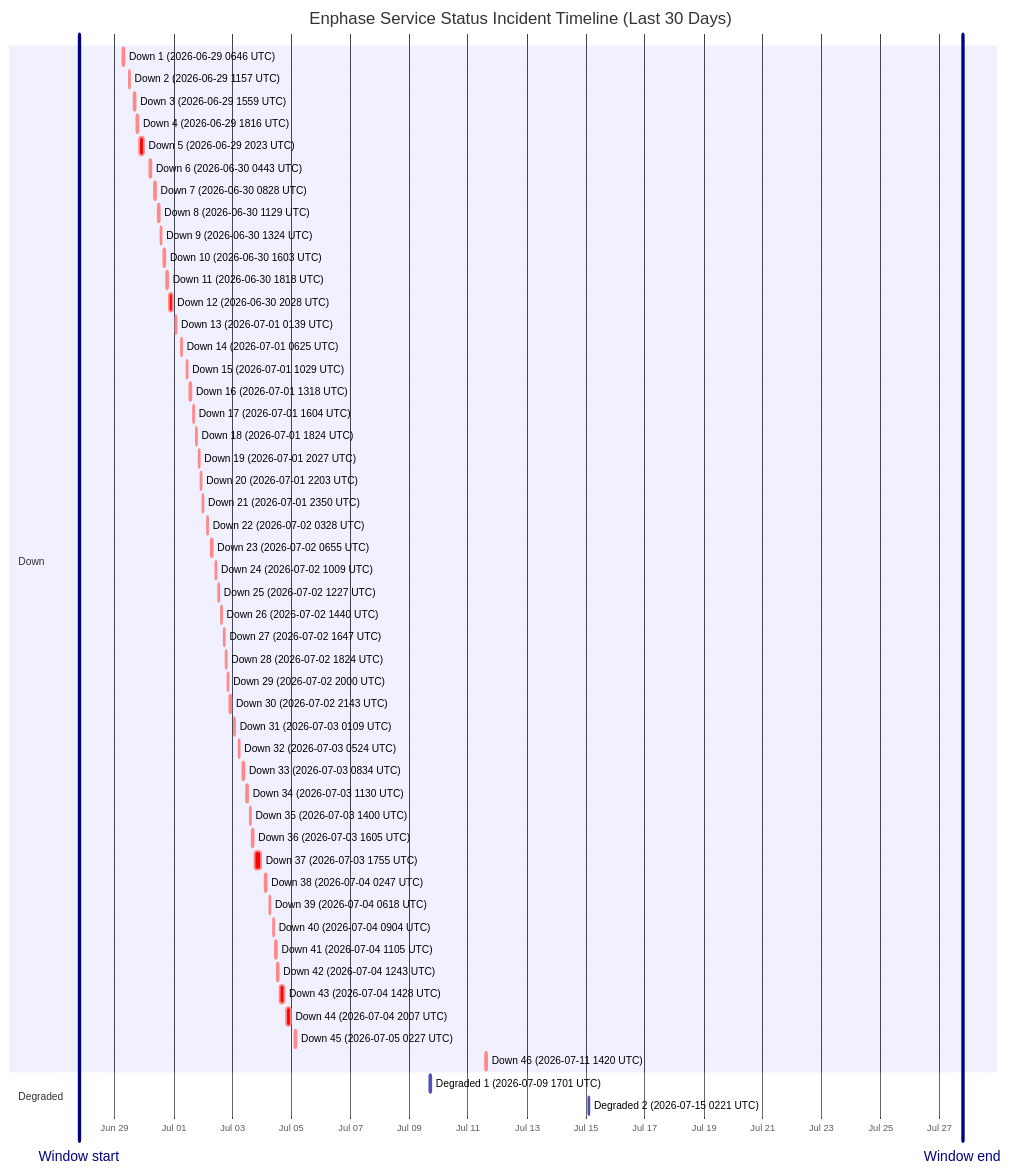
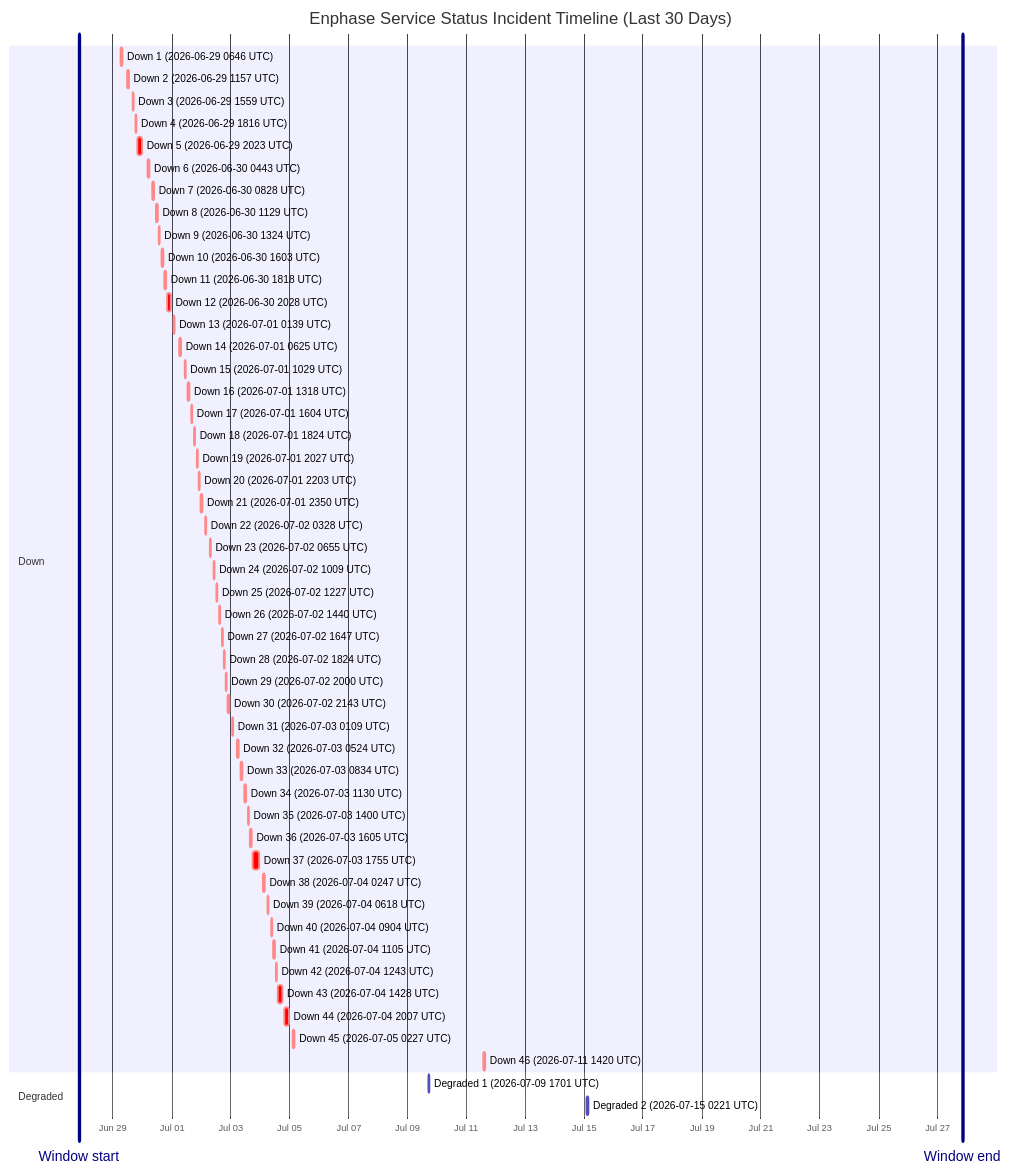
The diagram in wiki/Service-Status-History.md (barneyonline/ha-enphase-energy), drawn with Mermaid before and after one commit. The commit also changed other lines of this file and 3 other files, not shown here.

````diff
--- a/wiki/Service-Status-History.md
+++ b/wiki/Service-Status-History.md
@@ -14,58 +14,58 @@
 ```mermaid
 gantt
     title Enphase Service Status Incident Timeline (Last 30 Days)
     dateFormat  YYYY-MM-DDTHH:mm:ss
     axisFormat  %b %d
-    Window start :vert, window-start, 2026-06-27T18:55:27, 0ms
-    Window end :vert, window-end, 2026-07-27T18:55:27, 0ms
+    Window start :vert, window-start, 2026-06-27T20:20:52, 0ms
+    Window end :vert, window-end, 2026-07-27T20:20:52, 0ms
     section Down
     Down 1 (2026-06-29 0646 UTC) :crit, down-1, 2026-06-29T06:46:18, 60m
     Down 2 (2026-06-29 1157 UTC) :crit, down-2, 2026-06-29T11:57:36, 60m
     Down 3 (2026-06-29 1559 UTC) :crit, down-3, 2026-06-29T15:59:02, 60m
     Down 4 (2026-06-29 1816 UTC) :crit, down-4, 2026-06-29T18:16:38, 60m
     Down 5 (2026-06-29 2023 UTC) :crit, down-5, 2026-06-29T20:23:16, 220m
     Down 6 (2026-06-30 0443 UTC) :crit, down-6, 2026-06-30T04:43:54, 60m
     Down 7 (2026-06-30 0828 UTC) :crit, down-7, 2026-06-30T08:28:43, 60m
     Down 8 (2026-06-30 1129 UTC) :crit, down-8, 2026-06-30T11:29:15, 60m
     Down 9 (2026-06-30 1324 UTC) :crit, down-9, 2026-06-30T13:24:25, 60m
     Down 10 (2026-06-30 1603 UTC) :crit, down-10, 2026-06-30T16:03:26, 60m
     Down 11 (2026-06-30 1818 UTC) :crit, down-11, 2026-06-30T18:18:39, 60m
     Down 12 (2026-06-30 2028 UTC) :crit, down-12, 2026-06-30T20:28:54, 171m
     Down 13 (2026-07-01 0139 UTC) :crit, down-13, 2026-07-01T01:39:18, 60m
     Down 14 (2026-07-01 0625 UTC) :crit, down-14, 2026-07-01T06:25:35, 60m
     Down 15 (2026-07-01 1029 UTC) :crit, down-15, 2026-07-01T10:29:24, 60m
     Down 16 (2026-07-01 1318 UTC) :crit, down-16, 2026-07-01T13:18:31, 60m
     Down 17 (2026-07-01 1604 UTC) :crit, down-17, 2026-07-01T16:04:29, 60m
     Down 18 (2026-07-01 1824 UTC) :crit, down-18, 2026-07-01T18:24:21, 60m
     Down 19 (2026-07-01 2027 UTC) :crit, down-19, 2026-07-01T20:27:17, 60m
     Down 20 (2026-07-01 2203 UTC) :crit, down-20, 2026-07-01T22:03:46, 60m
     Down 21 (2026-07-01 2350 UTC) :crit, down-21, 2026-07-01T23:50:52, 60m
     Down 22 (2026-07-02 0328 UTC) :crit, down-22, 2026-07-02T03:28:33, 60m
     Down 23 (2026-07-02 0655 UTC) :crit, down-23, 2026-07-02T06:55:07, 60m
     Down 24 (2026-07-02 1009 UTC) :crit, down-24, 2026-07-02T10:09:15, 60m
     Down 25 (2026-07-02 1227 UTC) :crit, down-25, 2026-07-02T12:27:49, 60m
     Down 26 (2026-07-02 1440 UTC) :crit, down-26, 2026-07-02T14:40:53, 60m
     Down 27 (2026-07-02 1647 UTC) :crit, down-27, 2026-07-02T16:47:47, 60m
     Down 28 (2026-07-02 1824 UTC) :crit, down-28, 2026-07-02T18:24:26, 60m
     Down 29 (2026-07-02 2000 UTC) :crit, down-29, 2026-07-02T20:00:57, 60m
     Down 30 (2026-07-02 2143 UTC) :crit, down-30, 2026-07-02T21:43:52, 80m
     Down 31 (2026-07-03 0109 UTC) :crit, down-31, 2026-07-03T01:09:19, 60m
     Down 32 (2026-07-03 0524 UTC) :crit, down-32, 2026-07-03T05:24:23, 60m
     Down 33 (2026-07-03 0834 UTC) :crit, down-33, 2026-07-03T08:34:05, 60m
     Down 34 (2026-07-03 1130 UTC) :crit, down-34, 2026-07-03T11:30:41, 60m
     Down 35 (2026-07-03 1400 UTC) :crit, down-35, 2026-07-03T14:00:48, 60m
     Down 36 (2026-07-03 1605 UTC) :crit, down-36, 2026-07-03T16:05:49, 60m
     Down 37 (2026-07-03 1755 UTC) :crit, down-37, 2026-07-03T17:55:54, 338m
     Down 38 (2026-07-04 0247 UTC) :crit, down-38, 2026-07-04T02:47:22, 60m
     Down 39 (2026-07-04 0618 UTC) :crit, down-39, 2026-07-04T06:18:09, 60m
     Down 40 (2026-07-04 0904 UTC) :crit, down-40, 2026-07-04T09:04:41, 60m
     Down 41 (2026-07-04 1105 UTC) :crit, down-41, 2026-07-04T11:05:21, 60m
     Down 42 (2026-07-04 1243 UTC) :crit, down-42, 2026-07-04T12:43:25, 60m
     Down 43 (2026-07-04 1428 UTC) :crit, down-43, 2026-07-04T14:28:07, 243m
     Down 44 (2026-07-04 2007 UTC) :crit, down-44, 2026-07-04T20:07:50, 206m
     Down 45 (2026-07-05 0227 UTC) :crit, down-45, 2026-07-05T02:27:32, 109m
     Down 46 (2026-07-11 1420 UTC) :crit, down-46, 2026-07-11T14:20:54, 69m
     section Degraded
     Degraded 1 (2026-07-09 1701 UTC) :active, degraded-1, 2026-07-09T17:01:02, 60m
     Degraded 2 (2026-07-15 0221 UTC) :active, degraded-2, 2026-07-15T02:21:35, 60m
 ```
````
